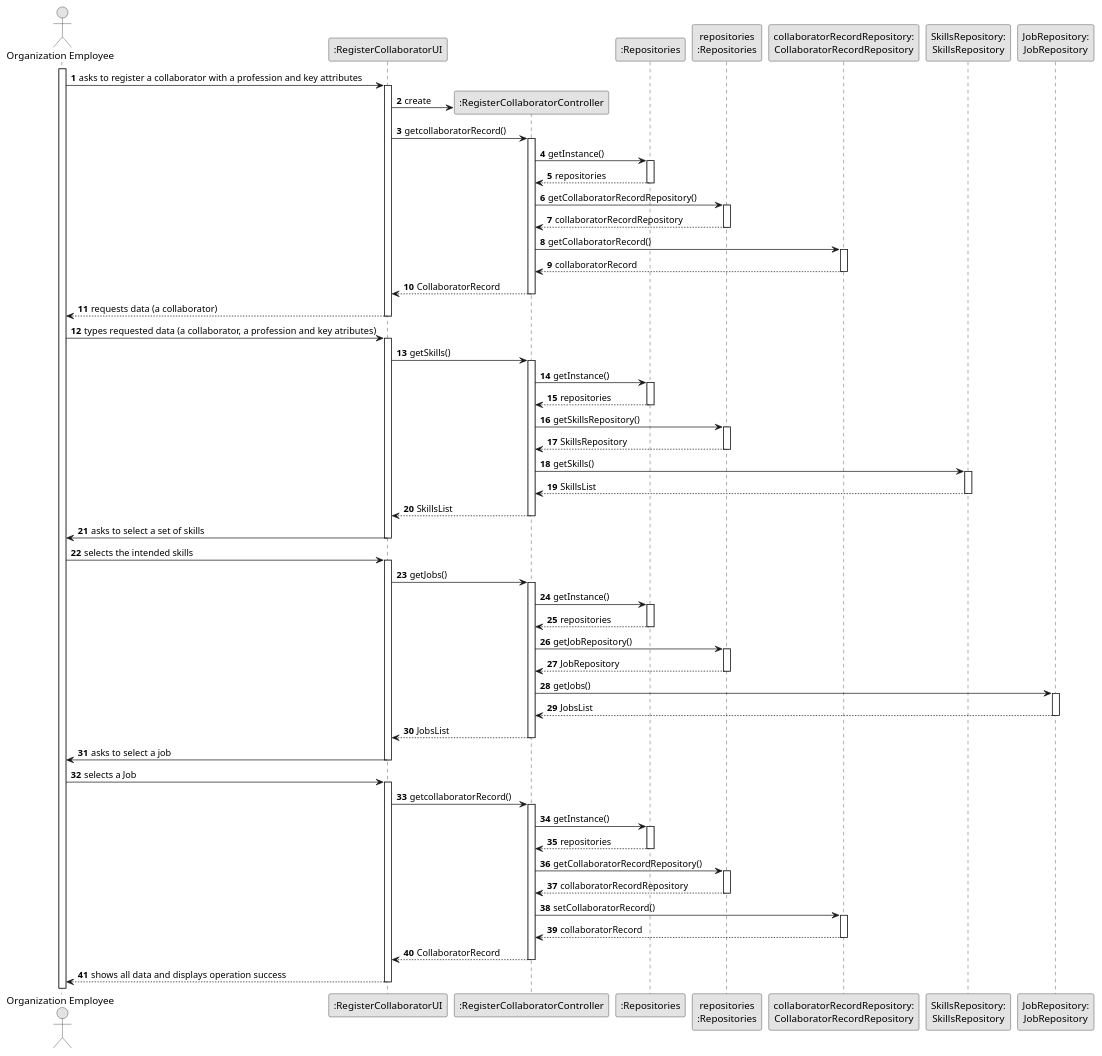
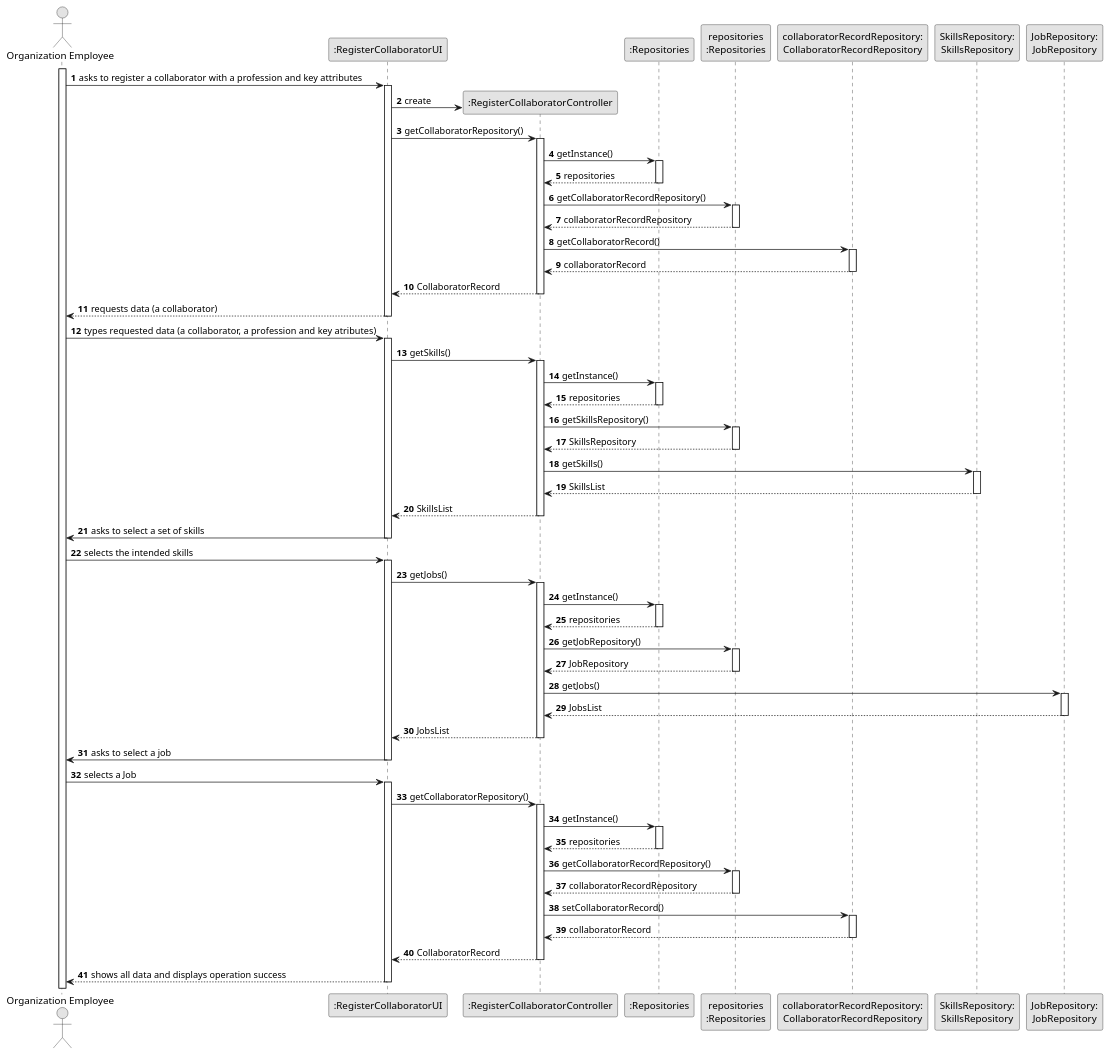
The diagram in docs/sprintB/us003/03.design/puml/us03-sequence-diagram-full.puml (Departamento-de-Engenharia-Informatica/lei-24-s2-1df-1de-g063), drawn with PlantUML before and after one commit. The commit also changed 17 other files, not shown here.

```diff
--- a/docs/sprintB/us003/03.design/puml/us03-sequence-diagram-full.puml
+++ b/docs/sprintB/us003/03.design/puml/us03-sequence-diagram-full.puml
@@ -1,145 +1,145 @@
 @startuml
 skinparam monochrome true
 skinparam packageStyle rectangle
 skinparam shadowing false
 
 autonumber
 
 'hide footbox
 actor "Organization Employee" as ADM
 participant ":RegisterCollaboratorUI" as UI
 participant ":RegisterCollaboratorController" as CTRL
 participant ":Repositories" as RepositorySingleton
 participant "repositories\n:Repositories" as PLAT
 participant "collaboratorRecordRepository:\nCollaboratorRecordRepository" as CollaboratorRecordRepository
 participant "SkillsRepository:\nSkillsRepository" as SkillsRepository
 participant "JobRepository:\nJobRepository" as JobRepository
 
 
 activate ADM
 
         ADM -> UI : asks to register a collaborator with a profession and key attributes
 
         activate UI
 
 '            UI --> ADM : requests data (reference, description,  informal \n description, technical description, duration, cost)
             'create CTRL
             UI -> CTRL** : create
 
-            UI -> CTRL : getcollaboratorRecord()
+            UI -> CTRL : getCollaboratorRepository()
             activate CTRL
 
                 CTRL -> RepositorySingleton : getInstance()
                 activate RepositorySingleton
 
                     RepositorySingleton --> CTRL: repositories
                 deactivate RepositorySingleton
 
                 CTRL -> PLAT : getCollaboratorRecordRepository()
                 activate PLAT
 
                     PLAT --> CTRL: collaboratorRecordRepository
                 deactivate PLAT
 
                 CTRL -> CollaboratorRecordRepository : getCollaboratorRecord()
                 activate CollaboratorRecordRepository
 
                     CollaboratorRecordRepository --> CTRL : collaboratorRecord
                 deactivate CollaboratorRecordRepository
 
 
                 CTRL --> UI : CollaboratorRecord
             deactivate CTRL
 
             UI --> ADM : requests data (a collaborator)
                     deactivate UI
 
                 ADM -> UI : types requested data (a collaborator, a profession and key atributes)
         activate UI
 
     UI -> CTRL : getSkills()
                 activate CTRL
 
                     CTRL -> RepositorySingleton : getInstance()
                     activate RepositorySingleton
 
                         RepositorySingleton --> CTRL: repositories
                     deactivate RepositorySingleton
 
                     CTRL -> PLAT : getSkillsRepository()
                     activate PLAT
 
                         PLAT --> CTRL: SkillsRepository
                     deactivate PLAT
 
                     CTRL -> SkillsRepository : getSkills()
                     activate SkillsRepository
 
                         SkillsRepository --> CTRL : SkillsList
                     deactivate SkillsRepository
 
 
                     CTRL --> UI : SkillsList
                 deactivate CTRL
                         UI -> ADM : asks to select a set of skills
     deactivate UI
                             ADM -> UI : selects the intended skills
             activate UI
 
         UI -> CTRL : getJobs()
                     activate CTRL
 
                         CTRL -> RepositorySingleton : getInstance()
                         activate RepositorySingleton
 
                             RepositorySingleton --> CTRL: repositories
                         deactivate RepositorySingleton
 
                         CTRL -> PLAT : getJobRepository()
                         activate PLAT
 
                             PLAT --> CTRL: JobRepository
                         deactivate PLAT
 
                         CTRL -> JobRepository : getJobs()
                         activate JobRepository
 
                             JobRepository --> CTRL : JobsList
                         deactivate JobRepository
 
 
                         CTRL --> UI : JobsList
                     deactivate CTRL
                         UI -> ADM : asks to select a job
 
         deactivate UI
                                     ADM -> UI : selects a Job
             activate UI
-             UI -> CTRL : getcollaboratorRecord()
+             UI -> CTRL : getCollaboratorRepository()
                         activate CTRL
 
                             CTRL -> RepositorySingleton : getInstance()
                             activate RepositorySingleton
 
                                 RepositorySingleton --> CTRL: repositories
                             deactivate RepositorySingleton
 
                             CTRL -> PLAT : getCollaboratorRecordRepository()
                             activate PLAT
 
                                 PLAT --> CTRL: collaboratorRecordRepository
                             deactivate PLAT
 
                             CTRL -> CollaboratorRecordRepository : setCollaboratorRecord()
                             activate CollaboratorRecordRepository
 
                                 CollaboratorRecordRepository --> CTRL : collaboratorRecord
                             deactivate CollaboratorRecordRepository
 
 
                             CTRL --> UI : CollaboratorRecord
                         deactivate CTRL
                                 UI --> ADM : shows all data and displays operation success
 deactivate UI
 
 @enduml
```
